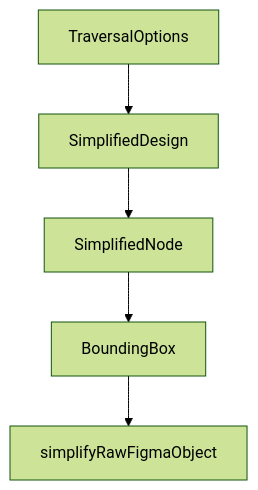
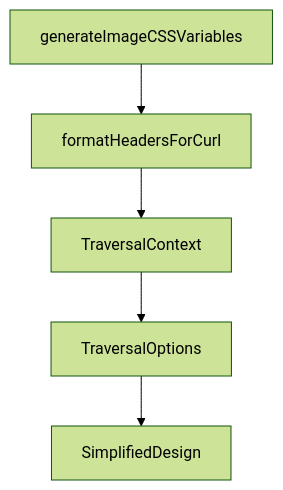
One commit to johnxie/awesome-code-docs changed the diagram in tutorials/figma-context-mcp-tutorial/08-production-security-and-operations.md. Above: the diagram before and after it, drawn with Mermaid (forest theme). The commit also changed other lines of this file and 1232 other files, not shown here.

````diff
--- a/tutorials/figma-context-mcp-tutorial/08-production-security-and-operations.md
+++ b/tutorials/figma-context-mcp-tutorial/08-production-security-and-operations.md
@@ -183,12 +203,12 @@
 ```mermaid
 flowchart TD
-    A[TraversalOptions]
-    B[SimplifiedDesign]
-    C[SimplifiedNode]
-    D[BoundingBox]
-    E[simplifyRawFigmaObject]
+    A[generateImageCSSVariables]
+    B[formatHeadersForCurl]
+    C[TraversalContext]
+    D[TraversalOptions]
+    E[SimplifiedDesign]
     A --> B
     B --> C
     C --> D
     D --> E
 ```
````
